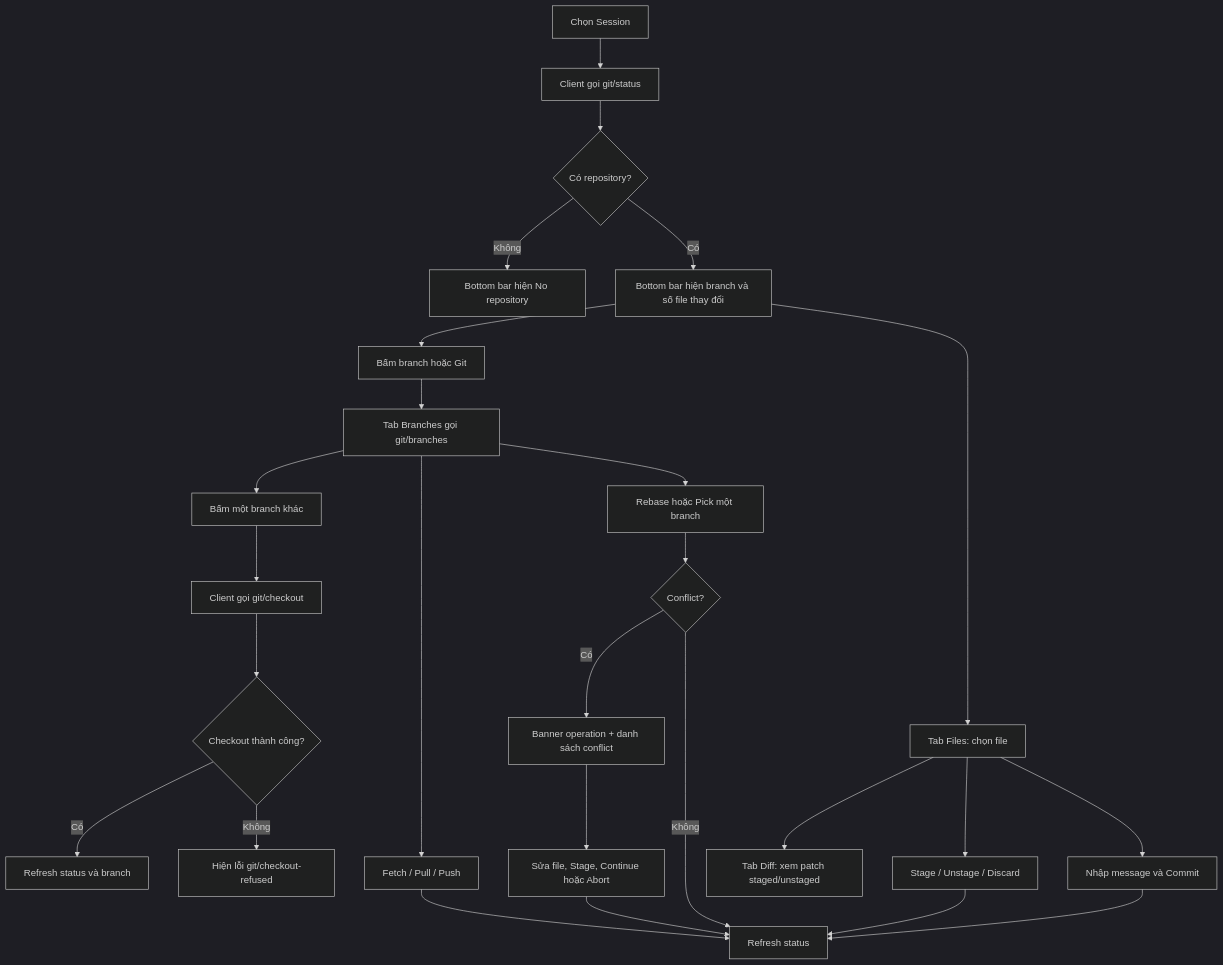
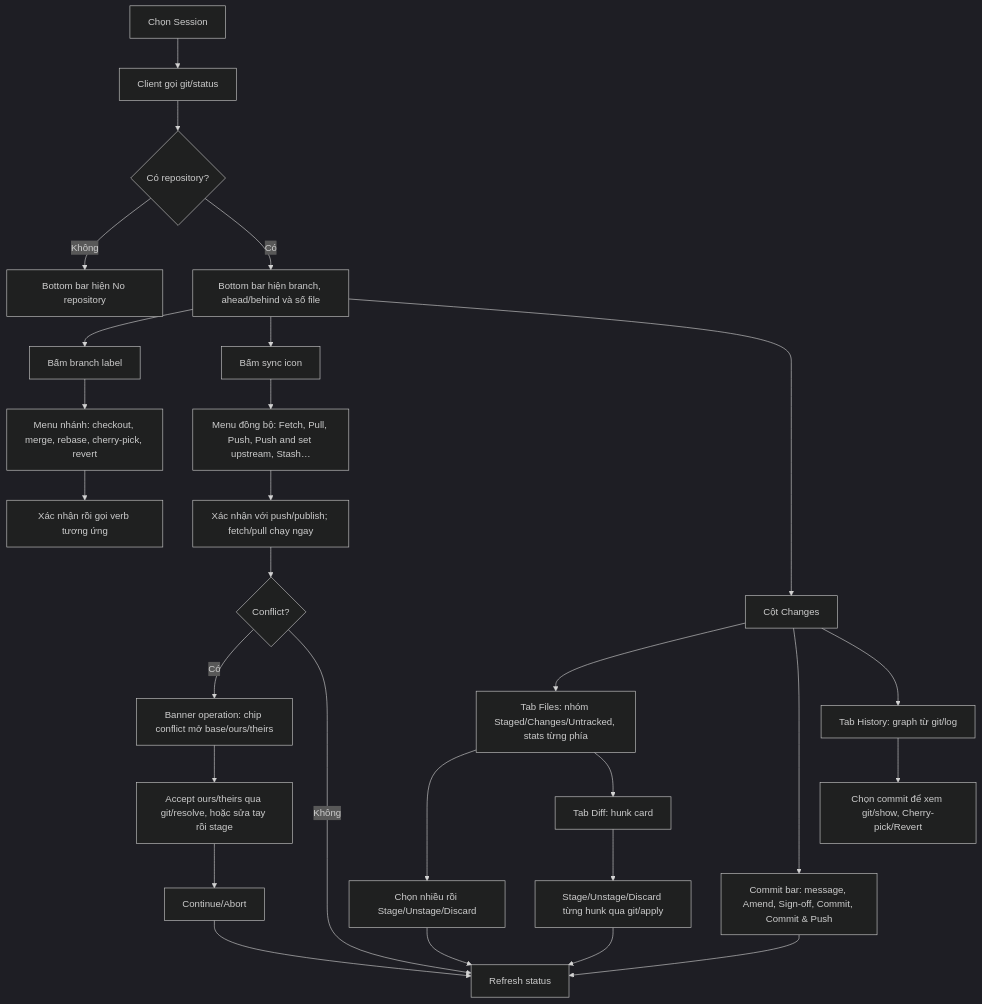
One commit to Masiss/deepseek-harness changed the fourth of 5 diagrams in apps/desktop-tauri/native-app/USER_FLOWS.md. Above: the diagram before and after it, drawn with Mermaid (dark theme). The commit also changed other lines of this file and 33 other files, not shown here.

````diff
--- a/apps/desktop-tauri/native-app/USER_FLOWS.md
+++ b/apps/desktop-tauri/native-app/USER_FLOWS.md
@@ -171,28 +172,30 @@
 ```mermaid
 flowchart TD
     A[Chọn Session] --> B[Client gọi git/status]
     B --> C{Có repository?}
     C -- Không --> D[Bottom bar hiện No repository]
-    C -- Có --> E[Bottom bar hiện branch và số file thay đổi]
-    E --> F[Bấm branch hoặc Git]
-    F --> G[Tab Branches gọi git/branches]
-    G --> H[Bấm một branch khác]
-    H --> I[Client gọi git/checkout]
-    I --> J{Checkout thành công?}
-    J -- Có --> K[Refresh status và branch]
-    J -- Không --> L[Hiện lỗi git/checkout-refused]
-    E --> M[Tab Files: chọn file]
-    M --> N[Tab Diff: xem patch staged/unstaged]
-    M --> O[Stage / Unstage / Discard]
-    M --> P[Nhập message và Commit]
-    O --> Q[Refresh status]
-    P --> Q
-    G --> R[Fetch / Pull / Push]
-    R --> Q
-    G --> S[Rebase hoặc Pick một branch]
-    S --> T{Conflict?}
-    T -- Có --> U[Banner operation + danh sách conflict]
-    U --> V[Sửa file, Stage, Continue hoặc Abort]
-    V --> Q
-    T -- Không --> Q
+    C -- Có --> E[Bottom bar hiện branch, ahead/behind và số file]
+    E --> F[Bấm branch label]
+    F --> G[Menu nhánh: checkout, merge, rebase, cherry-pick, revert]
+    G --> H[Xác nhận rồi gọi verb tương ứng]
+    E --> I[Bấm sync icon]
+    I --> J[Menu đồng bộ: Fetch, Pull, Push, Push and set upstream, Stash…]
+    J --> K[Xác nhận với push/publish; fetch/pull chạy ngay]
+    E --> L[Cột Changes]
+    L --> M[Tab Files: nhóm Staged/Changes/Untracked, stats từng phía]
+    M --> N[Chọn nhiều rồi Stage/Unstage/Discard]
+    M --> O[Tab Diff: hunk card]
+    O --> P[Stage/Unstage/Discard từng hunk qua git/apply]
+    L --> Q[Commit bar: message, Amend, Sign-off, Commit, Commit & Push]
+    L --> R[Tab History: graph từ git/log]
+    R --> S[Chọn commit để xem git/show, Cherry-pick/Revert]
+    K --> T{Conflict?}
+    T -- Có --> U[Banner operation: chip conflict mở base/ours/theirs]
+    U --> V[Accept ours/theirs qua git/resolve, hoặc sửa tay rồi stage]
+    V --> W[Continue/Abort]
+    T -- Không --> X[Refresh status]
+    W --> X
+    P --> X
+    N --> X
+    Q --> X
 ```
````
